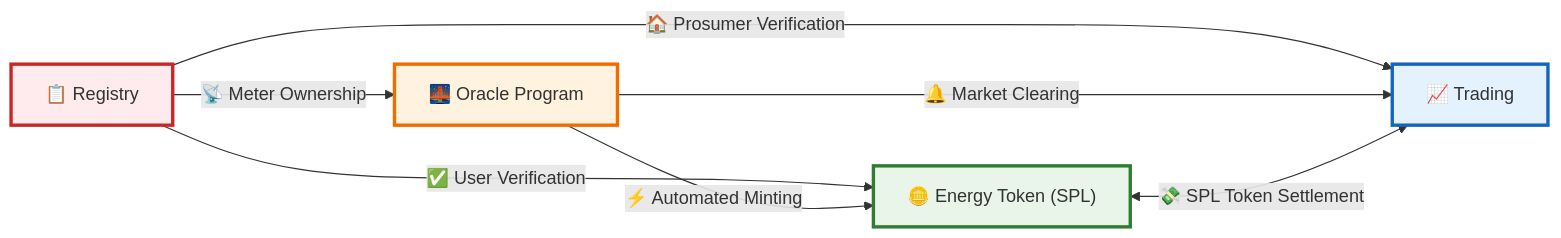
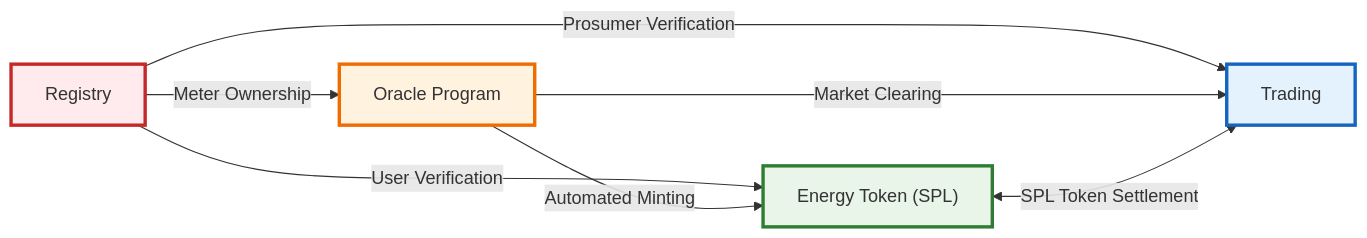
One commit to NakaSato/p2p changed the fifth of 5 diagrams in docs/contracts-diagram.md. Above: the diagram before and after it, drawn with Mermaid. The commit also changed other lines of this file and 2 other files, not shown here.

````diff
--- a/docs/contracts-diagram.md
+++ b/docs/contracts-diagram.md
@@ -429,15 +331,15 @@
 ```mermaid
 graph LR
-    A["📋 Registry"] -->|"✅ User Verification"| B["🪙 Energy Token (SPL)"]
-    A -->|"🏠 Prosumer Verification"| C["📈 Trading"]
-    A -->|"📡 Meter Ownership"| D["🌉 Oracle Program"]
+    A["Registry"] -->|"User Verification"| B["Energy Token (SPL)"]
+    A -->|"Prosumer Verification"| C["Trading"]
+    A -->|"Meter Ownership"| D["Oracle Program"]
     
-    D -->|"⚡ Automated Minting"| B
-    D -->|"🔔 Market Clearing"| C
-    B <-->|"💸 SPL Token Settlement"| C
+    D -->|"Automated Minting"| B
+    D -->|"Market Clearing"| C
+    B <-->|"SPL Token Settlement"| C
     
     style A fill:#ffebee,stroke:#c62828,stroke-width:3px
     style B fill:#e8f5e8,stroke:#2e7d32,stroke-width:3px
     style C fill:#e3f2fd,stroke:#1565c0,stroke-width:3px
     style D fill:#fff3e0,stroke:#ef6c00,stroke-width:3px
 ```
````
